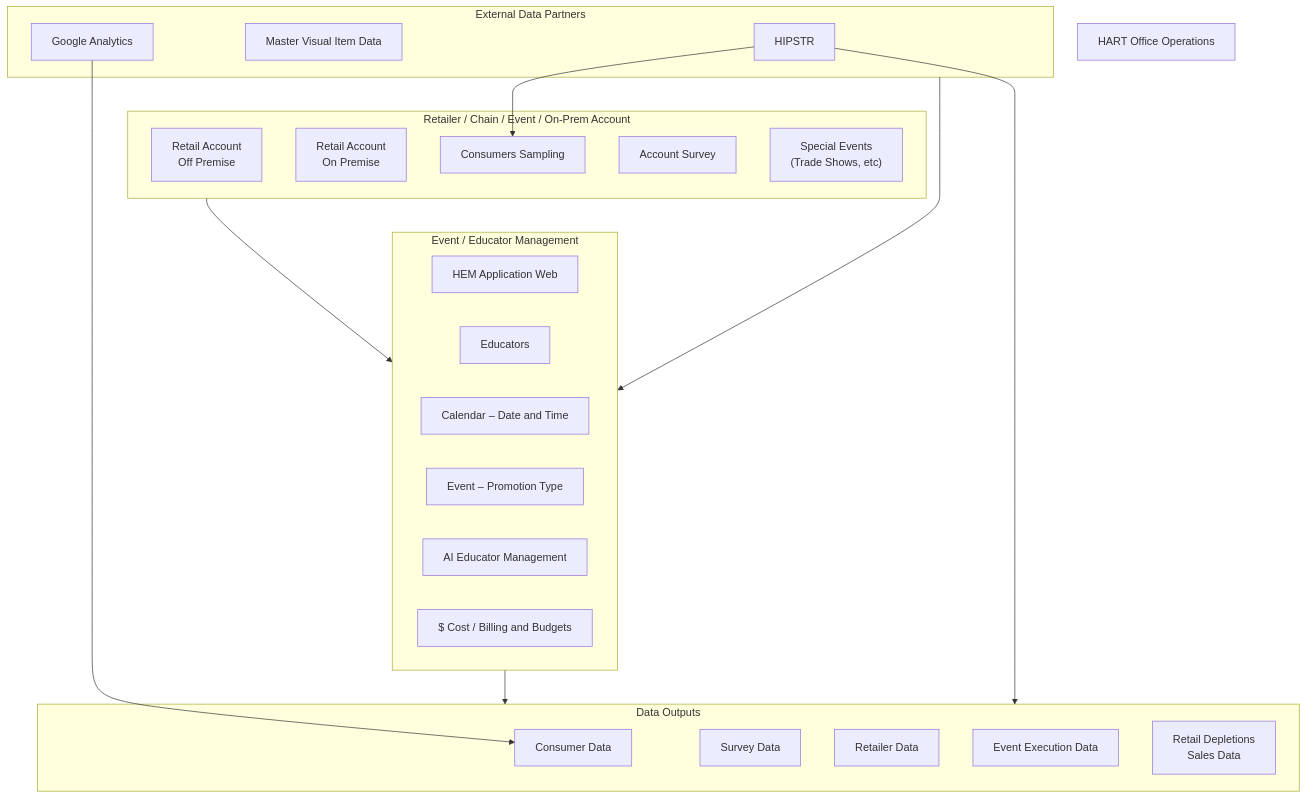
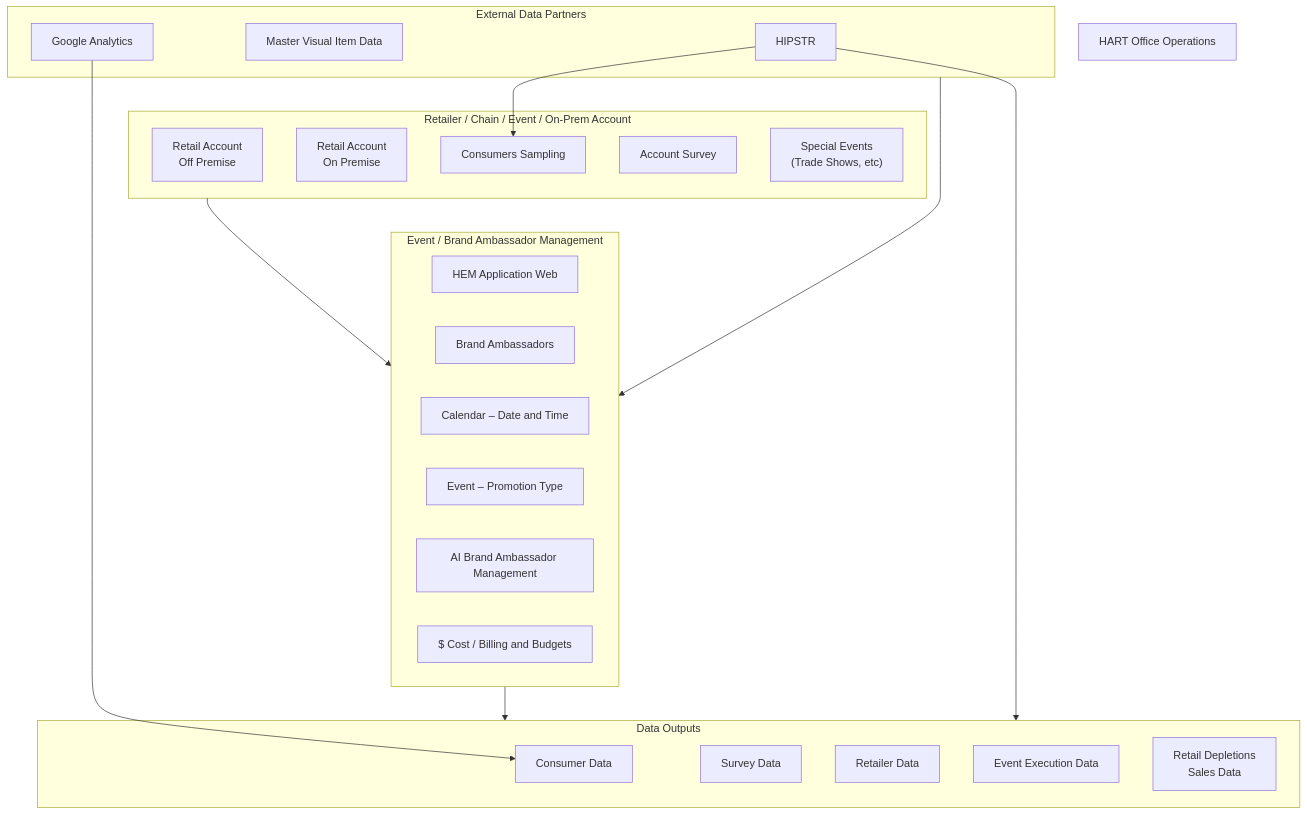
Before and after one commit to rafaeelricco/Hartopsprototype: diagram 11 of 15 in docs/for-llms/hart-sharepoint/tech-vision-diagram.md, drawn with Mermaid. The commit also changed other lines of this file and 15 other files, not shown here.

````diff
--- a/docs/for-llms/hart-sharepoint/tech-vision-diagram.md
+++ b/docs/for-llms/hart-sharepoint/tech-vision-diagram.md
@@ -756,42 +756,42 @@
 ```mermaid
 graph TB
     subgraph ACCOUNT_TYPES["Retailer / Chain / Event / On-Prem Account"]
         RETAIL_OFF["Retail Account<br/>Off Premise"]
         RETAIL_ON["Retail Account<br/>On Premise"]
         CONSUMERS["Consumers Sampling"]
         ACCT_SURVEY["Account Survey"]
         SPECIAL["Special Events<br/>(Trade Shows, etc)"]
     end
 
-    subgraph HEMS_CORE["Event / Educator Management"]
+    subgraph HEMS_CORE["Event / Brand Ambassador Management"]
         HEM_WEB["HEM Application Web"]
-        EDUCATORS["Educators"]
+        EDUCATORS["Brand Ambassadors"]
         CALENDAR["Calendar – Date and Time"]
         PROMO_TYPE["Event – Promotion Type"]
-        AI_EDU["AI Educator Management"]
+        AI_EDU["AI Brand Ambassador Management"]
         BILLING["$ Cost / Billing and Budgets"]
     end
 
     subgraph EXTERNAL_DATA["External Data Partners"]
         HIPSTR["HIPSTR"]
         MASTER_VISUAL["Master Visual Item Data"]
         GOOGLE_ANALYTICS["Google Analytics"]
     end
 
     subgraph DATA_OUTPUTS["Data Outputs"]
         CONSUMER_DATA["Consumer Data"]
         SURVEY_DATA["Survey Data"]
         RETAILER_DATA["Retailer Data"]
         EVENT_EXEC_DATA["Event Execution Data"]
         RETAIL_DEPLETION["Retail Depletions<br/>Sales Data"]
     end
 
     HART_OPS["HART Office Operations"]
 
     ACCOUNT_TYPES --> HEMS_CORE
     HEMS_CORE --> DATA_OUTPUTS
     EXTERNAL_DATA --> HEMS_CORE
     HIPSTR --> CONSUMERS
     HIPSTR --> DATA_OUTPUTS
     GOOGLE_ANALYTICS --> CONSUMER_DATA
 ```
````
